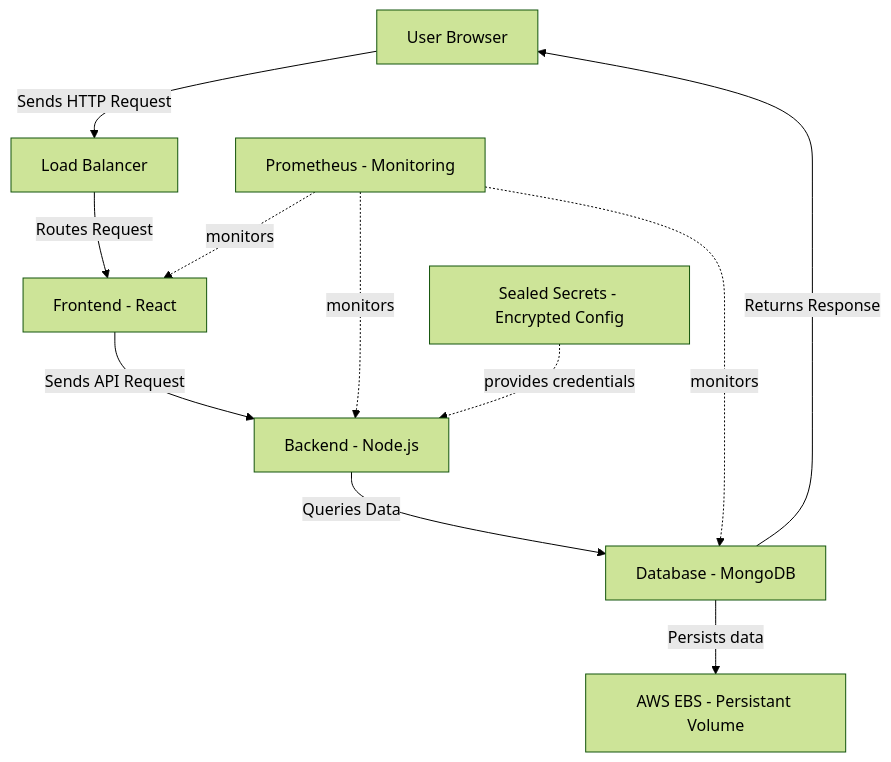
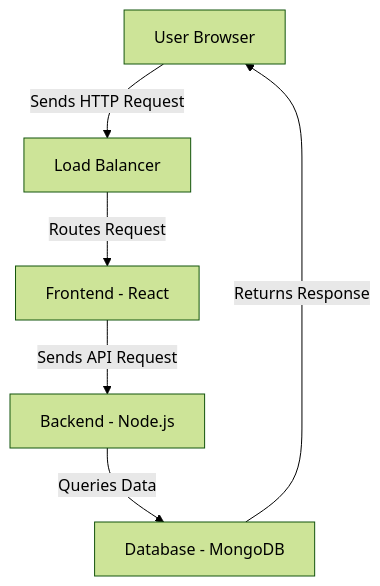
The diagram in README.md (Asad881/project-ares), drawn with Mermaid (forest theme) before and after one commit. The commit also changed other lines of this file and 3 other files, not shown here.

````diff
--- a/README.md
+++ b/README.md
@@ -7,16 +7,8 @@
 ```mermaid
-    graph TD
+graph TD
     A[User Browser] --> |Sends HTTP Request| B[Load Balancer]
     B --> |Routes Request| C[Frontend - React]
     C --> |Sends API Request| D[Backend - Node.js]
     D --> |Queries Data| E[Database - MongoDB]
-    E --> |Persists data| F[AWS EBS - Persistant Volume]
     E --> |Returns Response| A
-    G[Prometheus - Monitoring]
-    G -.-> |monitors|C
-    G -.-> |monitors|D
-    G -.-> |monitors|E
-    H[Sealed Secrets - Encrypted Config]
-    H -.->|provides credentials| D
-
 ```
````
